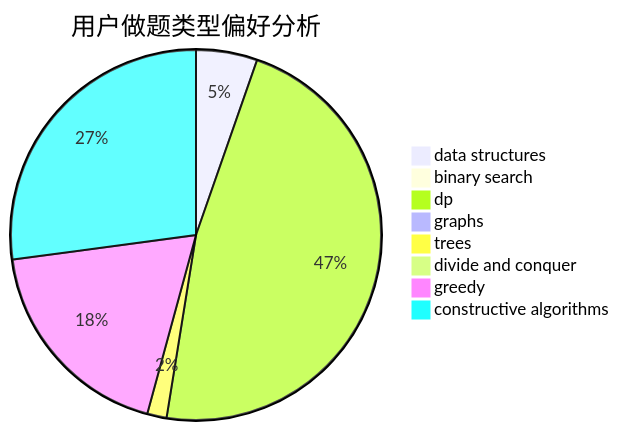
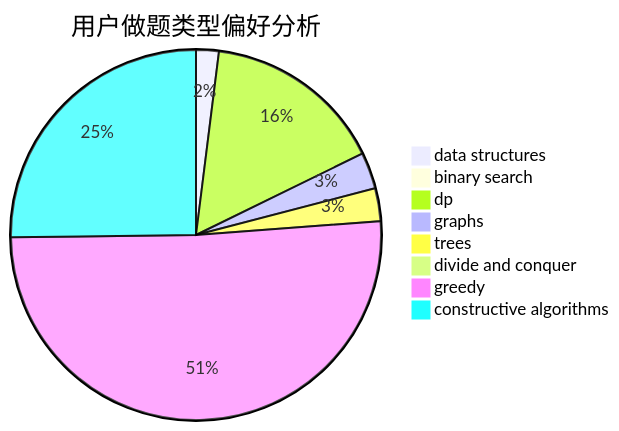
Before and after one commit to sherpahu/cfrs.github.io: the second of 3 diagrams in docs/user/u1322.md, drawn with Mermaid. The commit also changed other lines of this file and 2770 other files, not shown here.

````diff
--- a/docs/user/u1322.md
+++ b/docs/user/u1322.md
@@ -23,11 +23,11 @@
 ```mermaid
 pie title 用户做题类型偏好分析
-    "data structures" :  41
-    "binary search" :  3
-    "dp" :  362
-    "graphs" :  7
-    "trees" :  13
+    "data structures" :  20
+    "binary search" :  0
+    "dp" :  159
+    "graphs" :  32
+    "trees" :  29
     "divide and conquer" :  0
-    "greedy" :  143
-    "constructive algorithms" :  208
+    "greedy" :  514
+    "constructive algorithms" :  254
 ```
````
